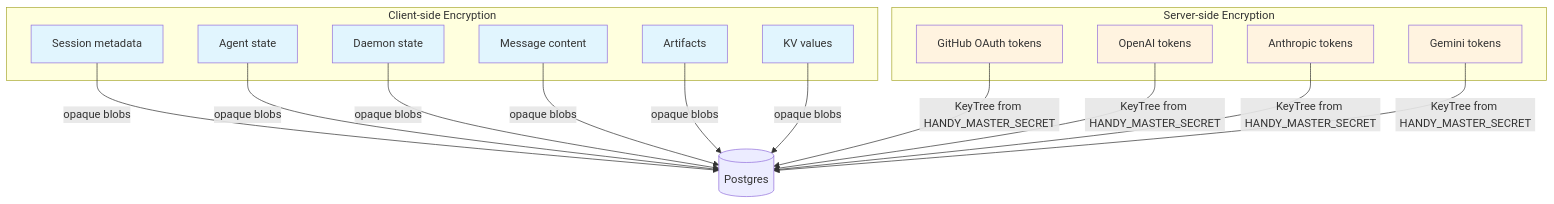
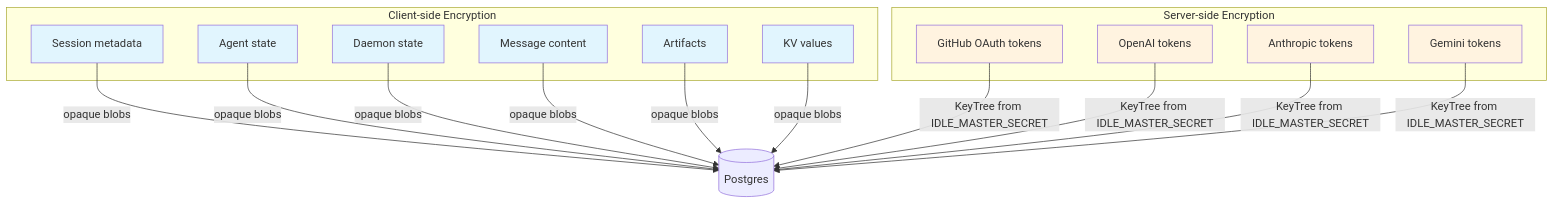
One commit to tomstetson/idle changed the ninth of 9 diagrams in docs/backend-architecture.md. Above: the diagram before and after it, drawn with Mermaid. The commit also changed other lines of this file and 23 other files, not shown here.

First line of the commit message:
refactor: point all URLs to api.idle.northglass.io, rename HANDY_MASTER_SECRET

````diff
--- a/docs/backend-architecture.md
+++ b/docs/backend-architecture.md
@@ -343,32 +343,32 @@
 ```mermaid
 graph TB
     subgraph "Client-side Encryption"
         C1[Session metadata]
         C2[Agent state]
         C3[Daemon state]
         C4[Message content]
         C5[Artifacts]
         C6[KV values]
     end
 
     subgraph "Server-side Encryption"
         S1[GitHub OAuth tokens]
         S2[OpenAI tokens]
         S3[Anthropic tokens]
         S4[Gemini tokens]
     end
 
     C1 & C2 & C3 & C4 & C5 & C6 --> |opaque blobs| DB[(Postgres)]
-    S1 & S2 & S3 & S4 --> |KeyTree from HANDY_MASTER_SECRET| DB
+    S1 & S2 & S3 & S4 --> |KeyTree from IDLE_MASTER_SECRET| DB
 
     style C1 fill:#e1f5fe
     style C2 fill:#e1f5fe
     style C3 fill:#e1f5fe
     style C4 fill:#e1f5fe
     style C5 fill:#e1f5fe
     style C6 fill:#e1f5fe
     style S1 fill:#fff3e0
     style S2 fill:#fff3e0
     style S3 fill:#fff3e0
     style S4 fill:#fff3e0
 ```
````
